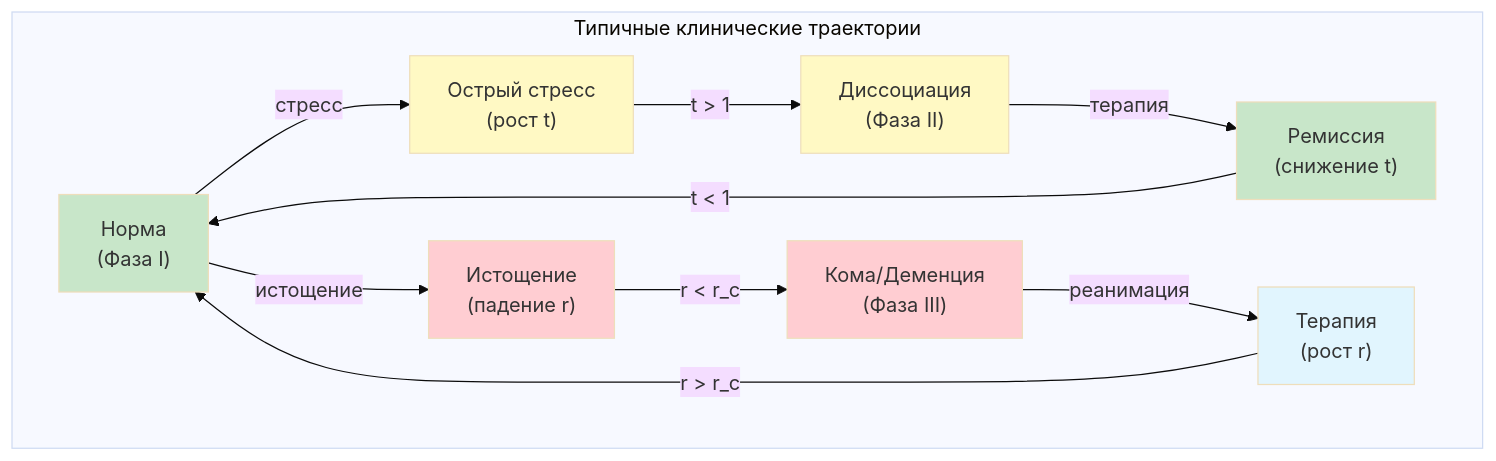
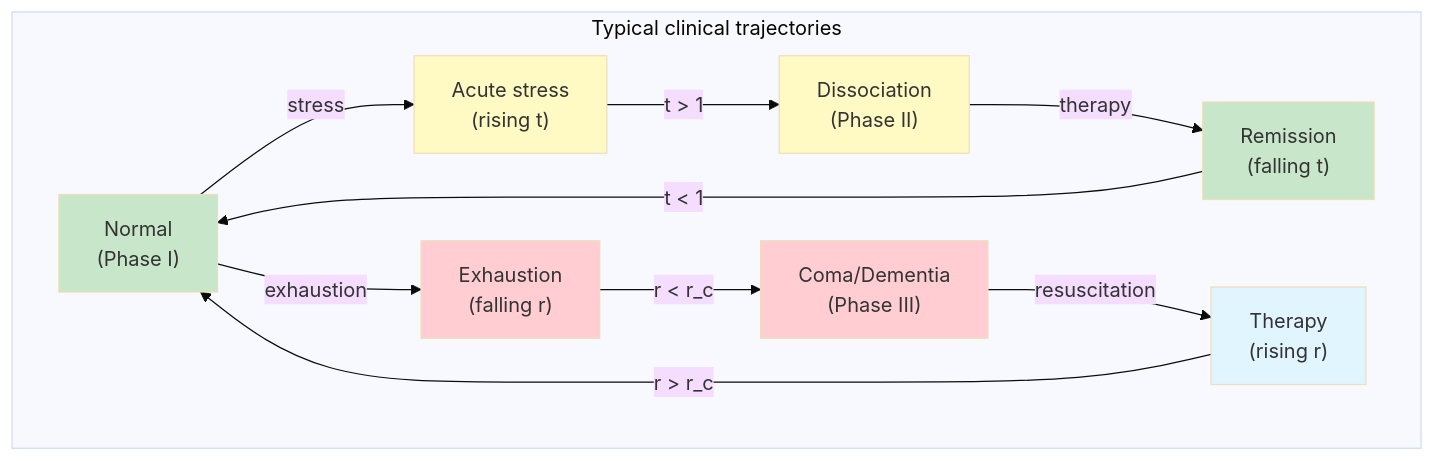
One commit to uhm-theory/holon changed the second of 2 diagrams in website/docs/applied/coherence-cybernetics/phase-diagram-cc.md. Above: the diagram before and after it, drawn with Mermaid (base theme). The commit also changed other lines of this file and 28 other files, not shown here.

````diff
--- a/website/docs/applied/coherence-cybernetics/phase-diagram-cc.md
+++ b/website/docs/applied/coherence-cybernetics/phase-diagram-cc.md
@@ -418,29 +418,29 @@
 ```mermaid
 graph TD
-    subgraph "Типичные клинические траектории"
-        N["Норма<br/>(Фаза I)"]
-        S["Острый стресс<br/>(рост t)"]
-        D["Диссоциация<br/>(Фаза II)"]
-        R["Ремиссия<br/>(снижение t)"]
-        E["Истощение<br/>(падение r)"]
-        C["Кома/Деменция<br/>(Фаза III)"]
-        T["Терапия<br/>(рост r)"]
+    subgraph "Typical clinical trajectories"
+        N["Normal<br/>(Phase I)"]
+        S["Acute stress<br/>(rising t)"]
+        D["Dissociation<br/>(Phase II)"]
+        R["Remission<br/>(falling t)"]
+        E["Exhaustion<br/>(falling r)"]
+        C["Coma/Dementia<br/>(Phase III)"]
+        T["Therapy<br/>(rising r)"]
 
-        N -->|"стресс"| S
+        N -->|"stress"| S
         S -->|"t > 1"| D
-        D -->|"терапия"| R
+        D -->|"therapy"| R
         R -->|"t < 1"| N
-        N -->|"истощение"| E
+        N -->|"exhaustion"| E
         E -->|"r < r_c"| C
-        C -->|"реанимация"| T
+        C -->|"resuscitation"| T
         T -->|"r > r_c"| N
     end
 
     style N fill:#c8e6c9
     style D fill:#fff9c4
     style C fill:#ffcdd2
     style S fill:#fff9c4
     style R fill:#c8e6c9
     style E fill:#ffcdd2
     style T fill:#e1f5fe
 ```
````
